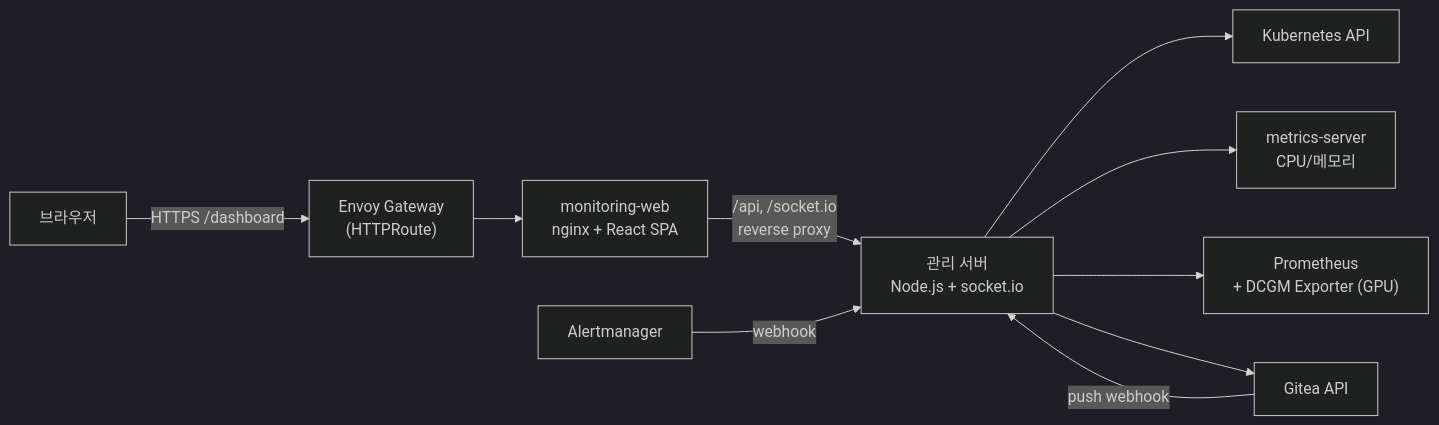
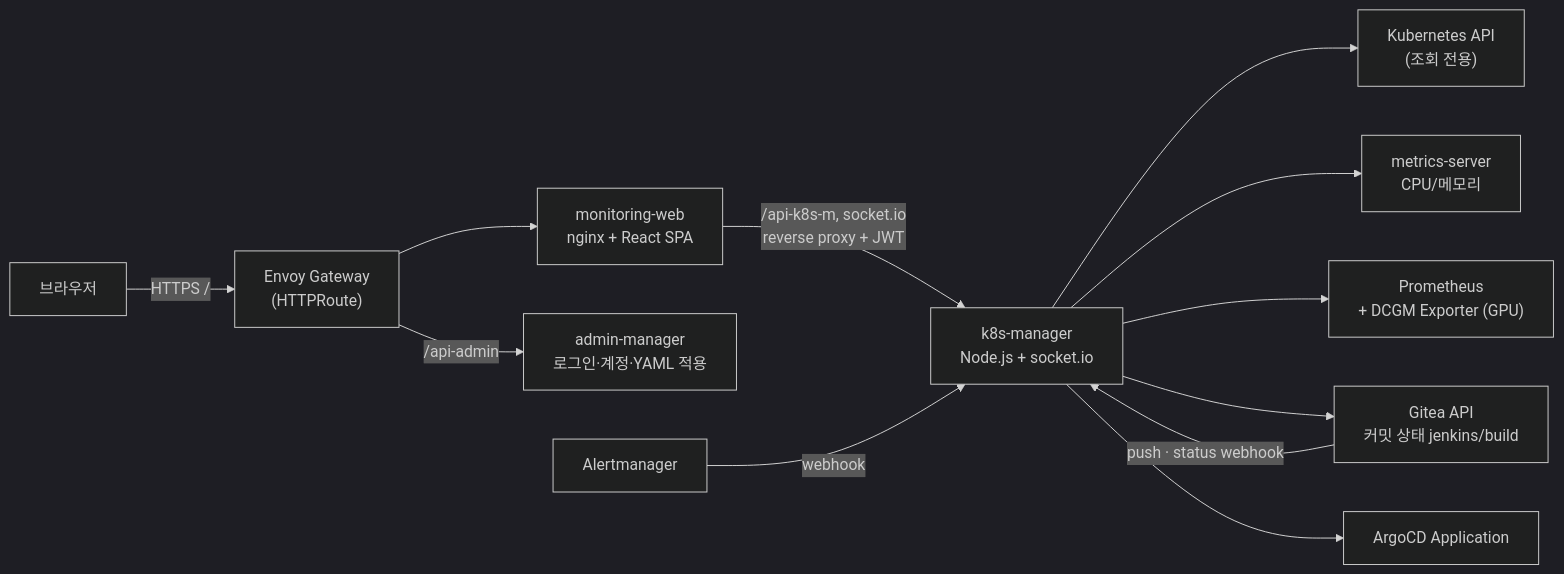
Before and after one commit to milk024/k8s-monitoring-web: the first of 2 diagrams in README.md, drawn with Mermaid (dark theme). The commit also changed other lines of this file and 55 other files, not shown here.

````diff
--- a/README.md
+++ b/README.md
@@ -76,13 +83,15 @@
 ```mermaid
 flowchart LR
-    User["브라우저"] -->|"HTTPS /dashboard"| GW["Envoy Gateway<br/>(HTTPRoute)"]
+    User["브라우저"] -->|"HTTPS /"| GW["Envoy Gateway<br/>(HTTPRoute)"]
     GW --> Web["monitoring-web<br/>nginx + React SPA"]
-    Web -->|"/api, /socket.io<br/>reverse proxy"| Mgr["관리 서버<br/>Node.js + socket.io"]
+    GW -->|"/api-admin"| Adm["admin-manager<br/>로그인·계정·YAML 적용"]
+    Web -->|"/api-k8s-m, socket.io<br/>reverse proxy + JWT"| Mgr["k8s-manager<br/>Node.js + socket.io"]
 
-    Mgr --> K8s["Kubernetes API"]
+    Mgr --> K8s["Kubernetes API<br/>(조회 전용)"]
     Mgr --> MS["metrics-server<br/>CPU/메모리"]
     Mgr --> Prom["Prometheus<br/>+ DCGM Exporter (GPU)"]
-    Mgr --> Gitea["Gitea API"]
+    Mgr --> Gitea["Gitea API<br/>커밋 상태 jenkins/build"]
+    Mgr --> Argo["ArgoCD Application"]
     AM["Alertmanager"] -->|"webhook"| Mgr
-    Gitea -->|"push webhook"| Mgr
+    Gitea -->|"push · status webhook"| Mgr
 ```
````
